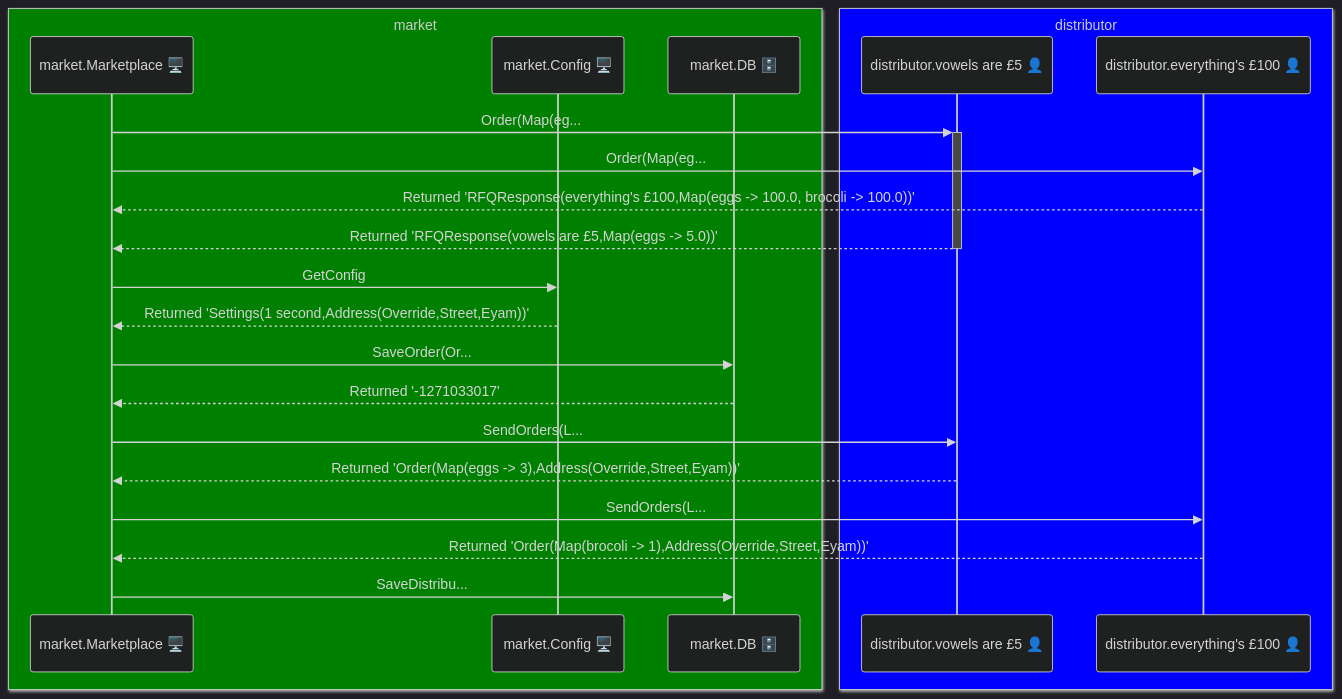
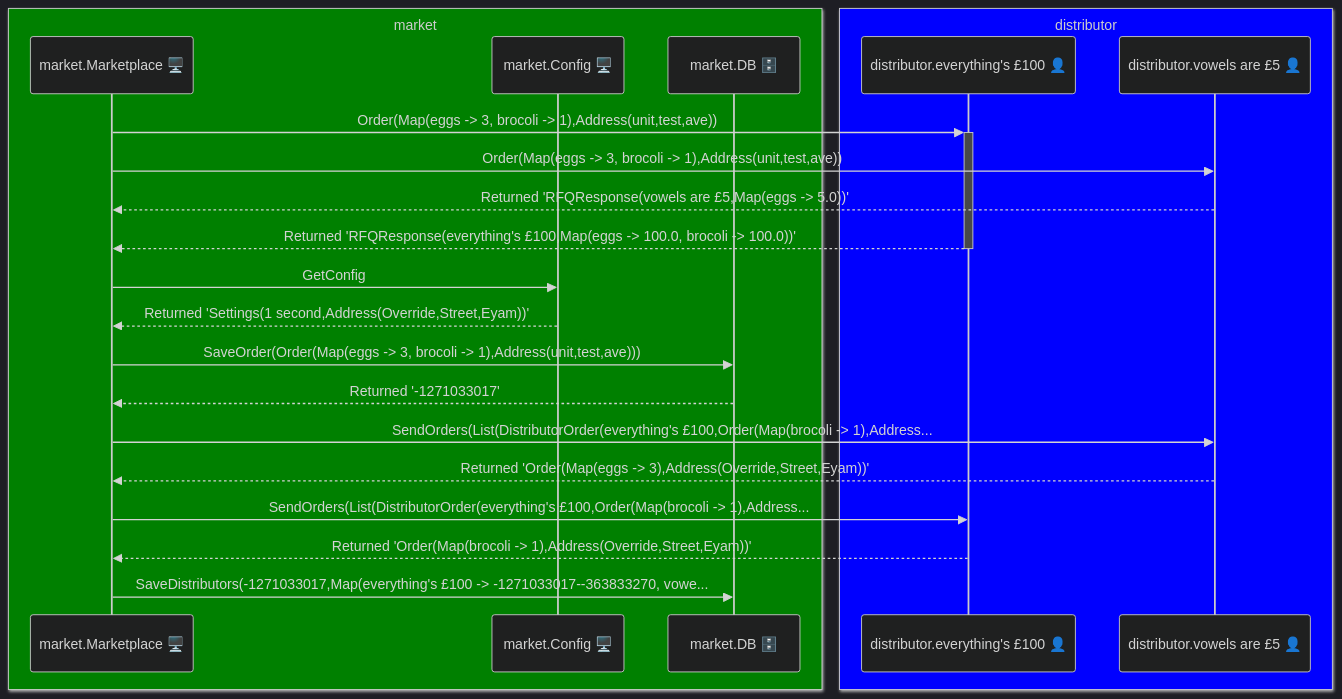
One commit to aaronp/counterparty changed the second of 3 diagrams in docs/scenarios.md. Above: the diagram before and after it, drawn with Mermaid. The commit also changed other lines of this file and 7 other files, not shown here.

First line of the commit message:
End to end flow added to showcase integration

````diff
--- a/docs/scenarios.md
+++ b/docs/scenarios.md
@@ -53,27 +53,27 @@
 ```mermaid
 %%{init: {"theme": "dark", 
 "themeVariables": {"primaryTextColor": "grey", "secondaryTextColor": "black", "fontFamily": "Arial", "fontSize": 14, "primaryColor": "#3498db"}}}%%
 sequenceDiagram
 	box green market
 	participant market.Marketplace 🖥️
 	participant market.Config 🖥️
 	participant market.DB 🗄️
 	end
 	box blue distributor
+	participant distributor.everything's £100 👤
 	participant distributor.vowels are £5 👤
-	participant distributor.everything's £100 👤
 	end
-	market.Marketplace 🖥️ ->>+ distributor.vowels are £5 👤 : Order(Map(eg...
-	market.Marketplace 🖥️ ->> distributor.everything's £100 👤 : Order(Map(eg...
-	distributor.everything's £100 👤 -->> market.Marketplace 🖥️ : Returned 'RFQResponse(everything's £100,Map(eggs -> 100.0, brocoli -> 100.0))'
-	distributor.vowels are £5 👤 -->>- market.Marketplace 🖥️ : Returned 'RFQResponse(vowels are £5,Map(eggs -> 5.0))'
+	market.Marketplace 🖥️ ->>+ distributor.everything's £100 👤 : Order(Map(eggs -> 3, brocoli -> 1),Address(unit,test,ave))
+	market.Marketplace 🖥️ ->> distributor.vowels are £5 👤 : Order(Map(eggs -> 3, brocoli -> 1),Address(unit,test,ave))
+	distributor.vowels are £5 👤 -->> market.Marketplace 🖥️ : Returned 'RFQResponse(vowels are £5,Map(eggs -> 5.0))'
+	distributor.everything's £100 👤 -->>- market.Marketplace 🖥️ : Returned 'RFQResponse(everything's £100,Map(eggs -> 100.0, brocoli -> 100.0))'
 	market.Marketplace 🖥️ ->> market.Config 🖥️ : GetConfig
 	market.Config 🖥️ -->> market.Marketplace 🖥️ : Returned 'Settings(1 second,Address(Override,Street,Eyam))'
-	market.Marketplace 🖥️ ->> market.DB 🗄️ : SaveOrder(Or...
+	market.Marketplace 🖥️ ->> market.DB 🗄️ : SaveOrder(Order(Map(eggs -> 3, brocoli -> 1),Address(unit,test,ave)))
 	market.DB 🗄️ -->> market.Marketplace 🖥️ : Returned '-1271033017'
-	market.Marketplace 🖥️ ->> distributor.vowels are £5 👤 : SendOrders(L...
+	market.Marketplace 🖥️ ->> distributor.vowels are £5 👤 : SendOrders(List(DistributorOrder(everything's £100,Order(Map(brocoli -> 1),Address...
 	distributor.vowels are £5 👤 -->> market.Marketplace 🖥️ : Returned 'Order(Map(eggs -> 3),Address(Override,Street,Eyam))'
-	market.Marketplace 🖥️ ->> distributor.everything's £100 👤 : SendOrders(L...
+	market.Marketplace 🖥️ ->> distributor.everything's £100 👤 : SendOrders(List(DistributorOrder(everything's £100,Order(Map(brocoli -> 1),Address...
 	distributor.everything's £100 👤 -->> market.Marketplace 🖥️ : Returned 'Order(Map(brocoli -> 1),Address(Override,Street,Eyam))'
-	market.Marketplace 🖥️ ->> market.DB 🗄️ : SaveDistribu...
+	market.Marketplace 🖥️ ->> market.DB 🗄️ : SaveDistributors(-1271033017,Map(everything's £100 -> -1271033017--363833270, vowe...
 ```
````
